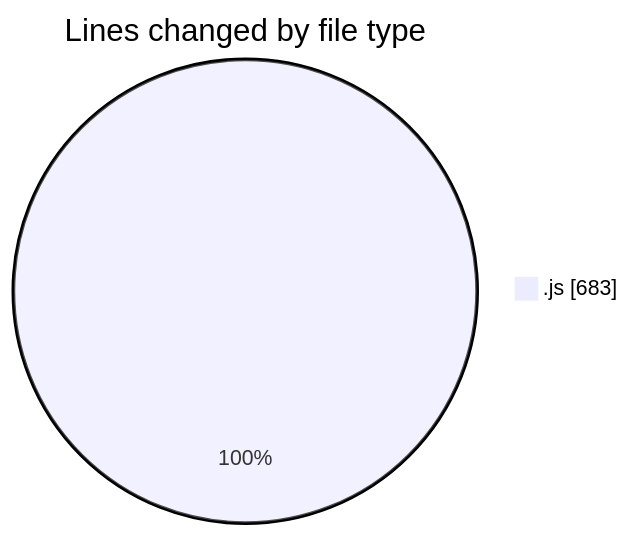
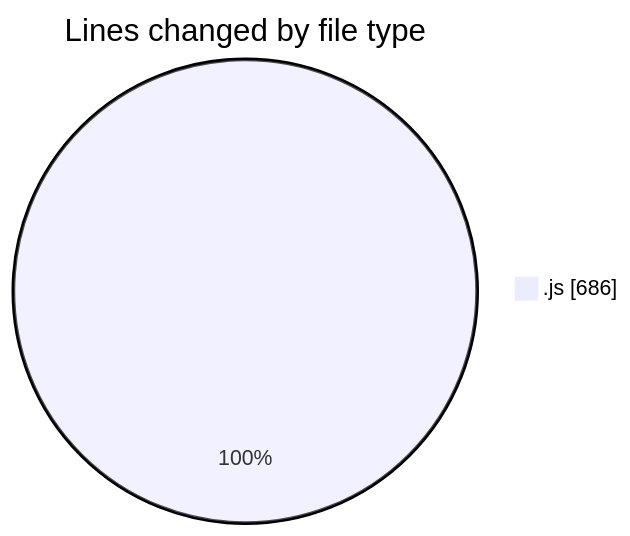
Before and after one commit to Ritupan-Deka/code-tracking: the first of 2 diagrams in 2025-08-05/javascript/README.md, drawn with Mermaid. The commit also changed other lines of this file and 1 other file, not shown here.

````diff
--- a/2025-08-05/javascript/README.md
+++ b/2025-08-05/javascript/README.md
@@ -22,5 +22,5 @@
 ```mermaid
 pie showData
 title Lines changed by file type
-".js" : 683
+".js" : 686
 ```
````
